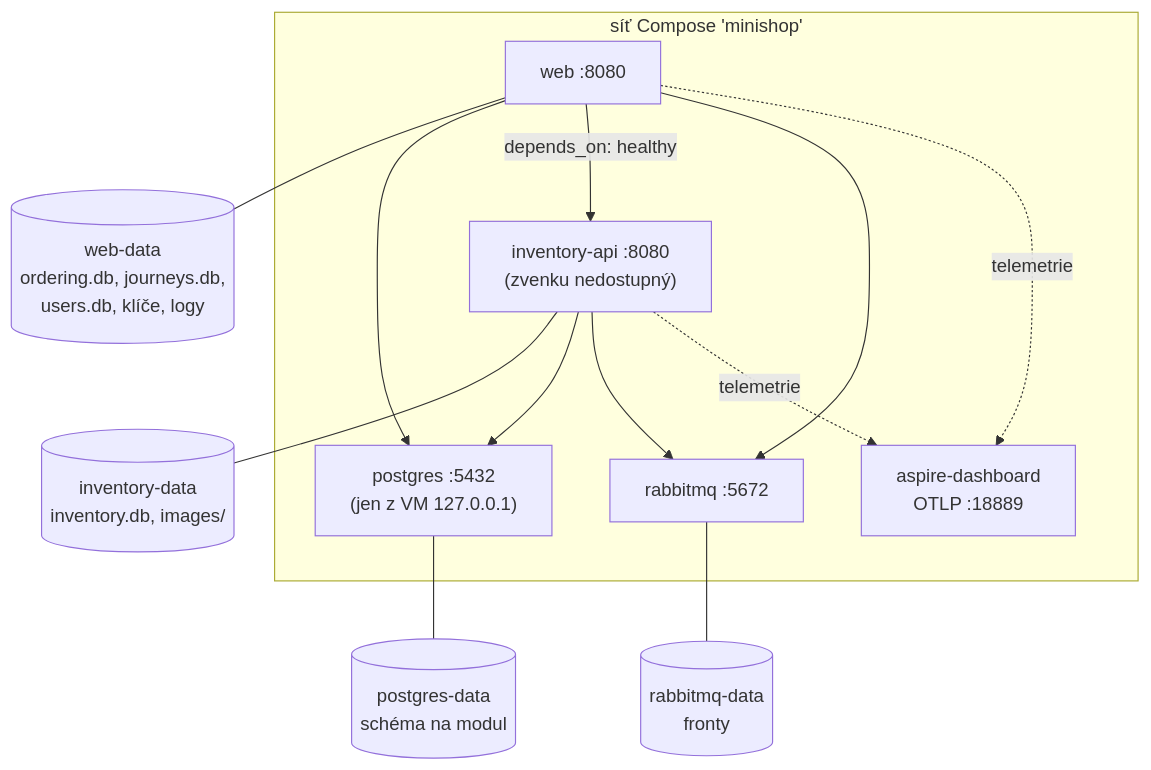
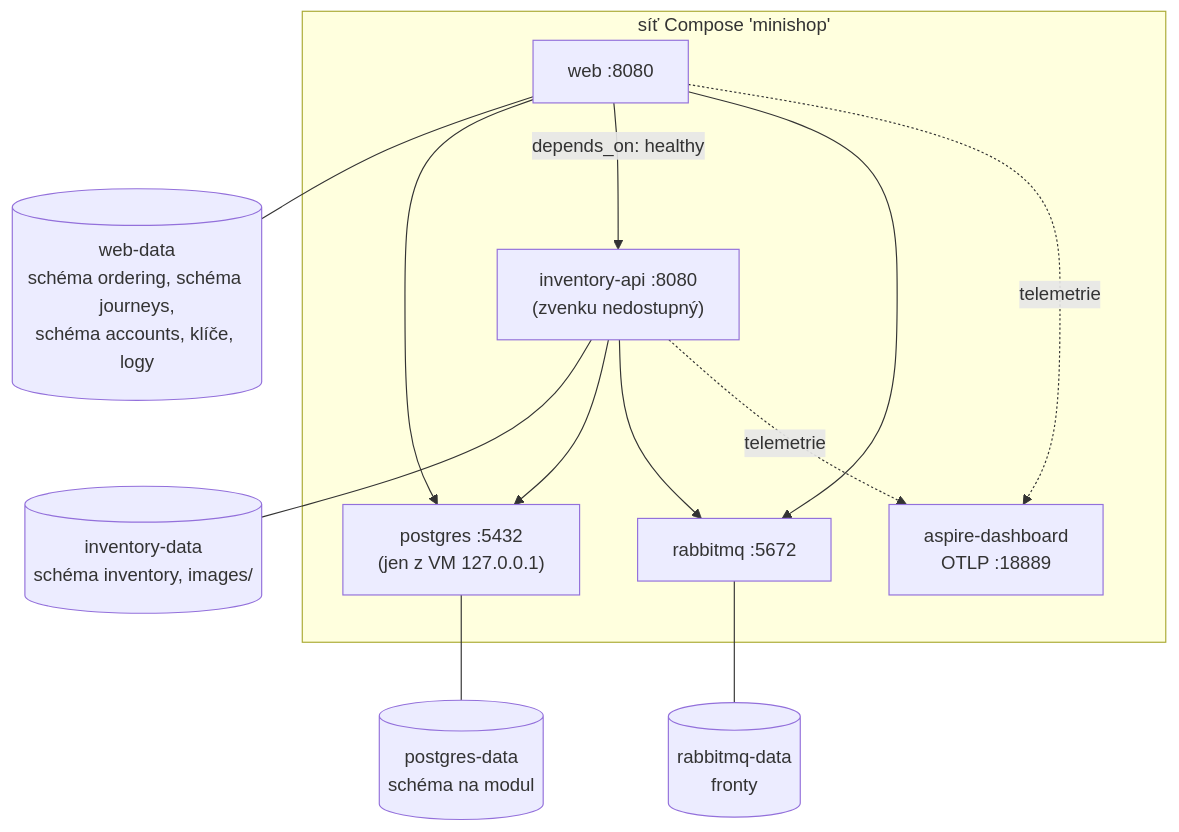
One commit to ftichy/MiniShop changed the second of 2 diagrams in docs/prirucka/nasazeni/kontejnery.md. Above: the diagram before and after it, drawn with Mermaid. The commit also changed 248 other files, not shown here.

````diff
--- a/docs/prirucka/nasazeni/kontejnery.md
+++ b/docs/prirucka/nasazeni/kontejnery.md
@@ -43,25 +43,25 @@
 ```mermaid
 flowchart TB
     subgraph net["síť Compose 'minishop'"]
         web["web :8080"]
         inv["inventory-api :8080<br/>(zvenku nedostupný)"]
         mq["rabbitmq :5672"]
         dash["aspire-dashboard<br/>OTLP :18889"]
         pg["postgres :5432<br/>(jen z VM 127.0.0.1)"]
     end
-    wv[("web-data<br/>ordering.db, journeys.db,<br/>users.db, klíče, logy")]
-    iv[("inventory-data<br/>inventory.db, images/")]
+    wv[("web-data<br/>schéma ordering, schéma journeys,<br/>schéma accounts, klíče, logy")]
+    iv[("inventory-data<br/>schéma inventory, images/")]
     rv[("rabbitmq-data<br/>fronty")]
     pv[("postgres-data<br/>schéma na modul")]
     web --- wv
     inv --- iv
     mq --- rv
     pg --- pv
     web --> pg
     inv --> pg
     web -->|"depends_on: healthy"| inv
     web --> mq
     inv --> mq
     web -.->|telemetrie| dash
     inv -.->|telemetrie| dash
 ```
````
